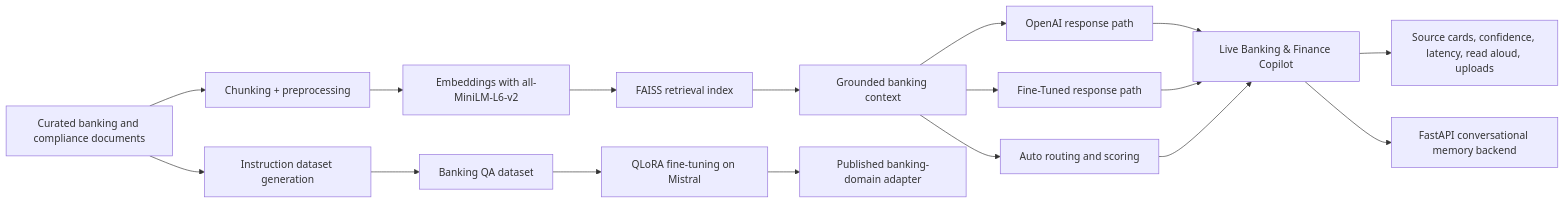
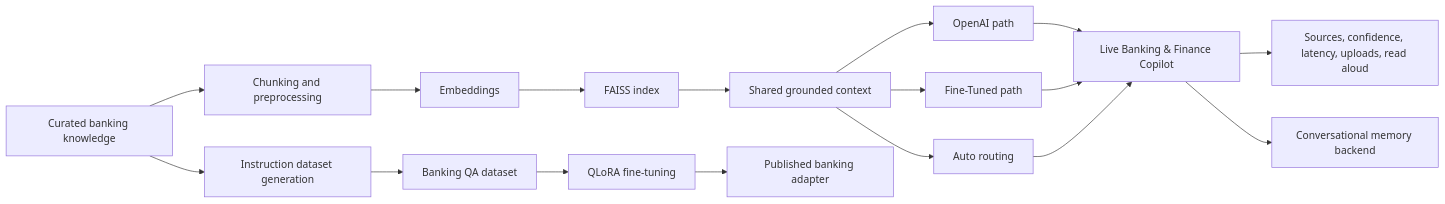
One commit to rakeshmadasaniai/banking-genai-portfolio changed the first of 2 diagrams in README.md. Above: the diagram before and after it, drawn with Mermaid. The commit also changed other lines of this file and 15 other files, not shown here.

````diff
--- a/README.md
+++ b/README.md
@@ -85,23 +57,23 @@
 ```mermaid
 flowchart LR
-    A["Curated banking and compliance documents"] --> B["Chunking + preprocessing"]
-    B --> C["Embeddings with all-MiniLM-L6-v2"]
-    C --> D["FAISS retrieval index"]
-    D --> E["Grounded banking context"]
+    A["Curated banking knowledge"] --> B["Chunking and preprocessing"]
+    B --> C["Embeddings"]
+    C --> D["FAISS index"]
+    D --> E["Shared grounded context"]
 
     A --> F["Instruction dataset generation"]
     F --> G["Banking QA dataset"]
-    G --> H["QLoRA fine-tuning on Mistral"]
-    H --> I["Published banking-domain adapter"]
+    G --> H["QLoRA fine-tuning"]
+    H --> I["Published banking adapter"]
 
-    E --> J["OpenAI response path"]
-    E --> K["Fine-Tuned response path"]
-    E --> L["Auto routing and scoring"]
+    E --> J["OpenAI path"]
+    E --> K["Fine-Tuned path"]
+    E --> L["Auto routing"]
 
     J --> M["Live Banking & Finance Copilot"]
     K --> M
     L --> M
 
-    M --> N["Source cards, confidence, latency, read aloud, uploads"]
-    M --> O["FastAPI conversational memory backend"]
+    M --> N["Sources, confidence, latency, uploads, read aloud"]
+    M --> O["Conversational memory backend"]
 ```
````
